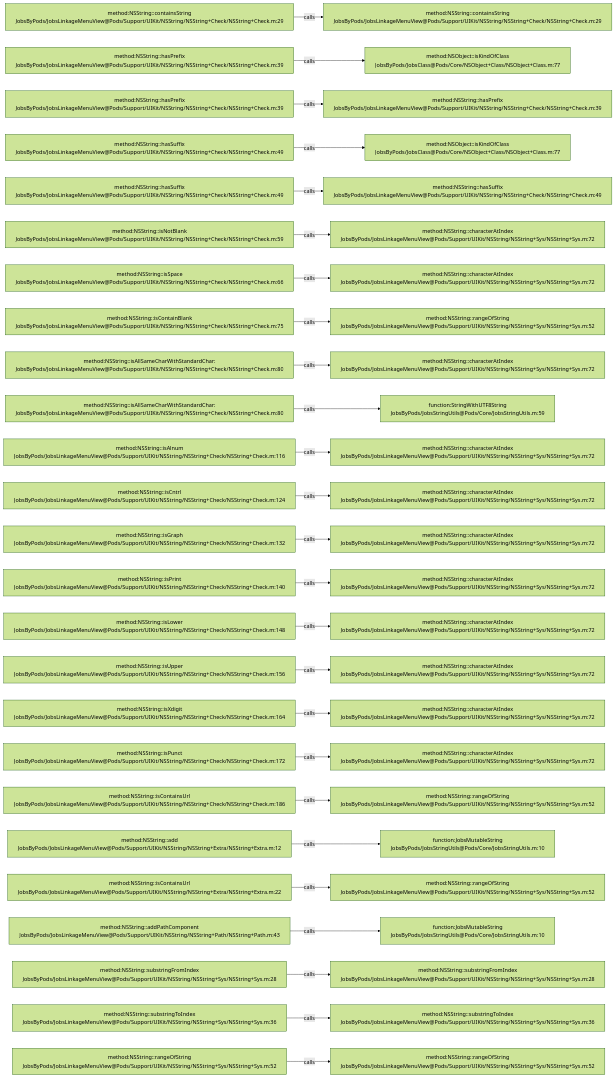
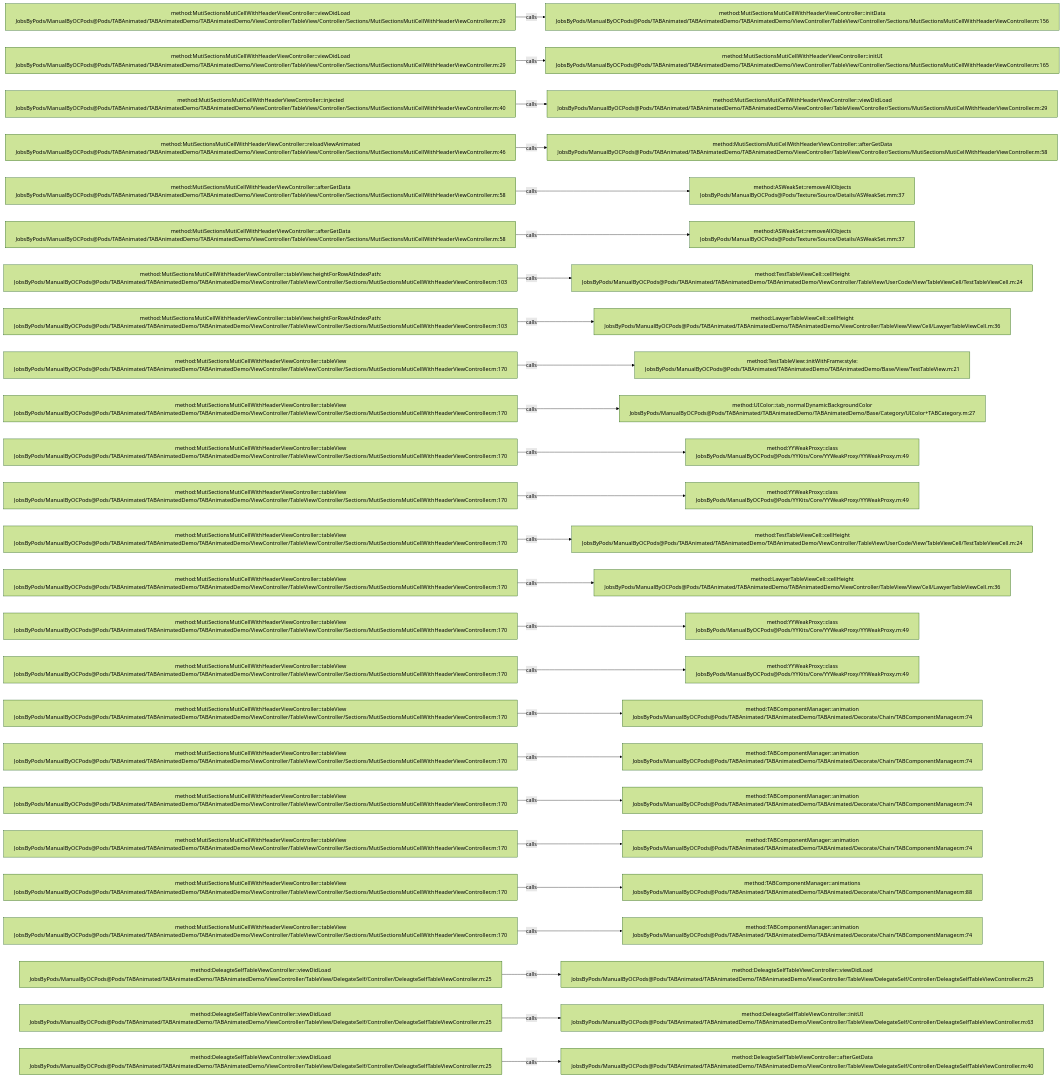
The diagram in .codegraph/codegraph.md/graphs/calls-070.md (JobsKits/JobsOCBaseConfigDemo), drawn with Mermaid (forest theme) before and after one commit. The commit also changed 2162 other files, not shown here.

````diff
--- a/.codegraph/codegraph.md/graphs/calls-070.md
+++ b/.codegraph/codegraph.md/graphs/calls-070.md
@@ -13,78 +13,78 @@
 ```mermaid
 flowchart LR
-  S1["method:NSString::containsString<br/>JobsByPods/JobsLinkageMenuView@Pods/Support/UIKit/NSString/NSString+Check/NSString+Check.m:29"]
-  T1["method:NSString::containsString<br/>JobsByPods/JobsLinkageMenuView@Pods/Support/UIKit/NSString/NSString+Check/NSString+Check.m:29"]
+  S1["method:MutiSectionsMutiCellWithHeaderViewController::viewDidLoad<br/>JobsByPods/ManualByOCPods@Pods/TABAnimated/TABAnimatedDemo/TABAnimatedDemo/ViewController/TableView/Controller/Sections/MutiSectionsMutiCellWithHeaderViewController.m:29"]
+  T1["method:MutiSectionsMutiCellWithHeaderViewController::initData<br/>JobsByPods/ManualByOCPods@Pods/TABAnimated/TABAnimatedDemo/TABAnimatedDemo/ViewController/TableView/Controller/Sections/MutiSectionsMutiCellWithHeaderViewController.m:156"]
   S1 -->|calls| T1
-  S2["method:NSString::hasPrefix<br/>JobsByPods/JobsLinkageMenuView@Pods/Support/UIKit/NSString/NSString+Check/NSString+Check.m:39"]
-  T2["method:NSObject::isKindOfClass<br/>JobsByPods/JobsClass@Pods/Core/NSObject+Class/NSObject+Class.m:77"]
+  S2["method:MutiSectionsMutiCellWithHeaderViewController::viewDidLoad<br/>JobsByPods/ManualByOCPods@Pods/TABAnimated/TABAnimatedDemo/TABAnimatedDemo/ViewController/TableView/Controller/Sections/MutiSectionsMutiCellWithHeaderViewController.m:29"]
+  T2["method:MutiSectionsMutiCellWithHeaderViewController::initUI<br/>JobsByPods/ManualByOCPods@Pods/TABAnimated/TABAnimatedDemo/TABAnimatedDemo/ViewController/TableView/Controller/Sections/MutiSectionsMutiCellWithHeaderViewController.m:165"]
   S2 -->|calls| T2
-  S3["method:NSString::hasPrefix<br/>JobsByPods/JobsLinkageMenuView@Pods/Support/UIKit/NSString/NSString+Check/NSString+Check.m:39"]
-  T3["method:NSString::hasPrefix<br/>JobsByPods/JobsLinkageMenuView@Pods/Support/UIKit/NSString/NSString+Check/NSString+Check.m:39"]
+  S3["method:MutiSectionsMutiCellWithHeaderViewController::injected<br/>JobsByPods/ManualByOCPods@Pods/TABAnimated/TABAnimatedDemo/TABAnimatedDemo/ViewController/TableView/Controller/Sections/MutiSectionsMutiCellWithHeaderViewController.m:40"]
+  T3["method:MutiSectionsMutiCellWithHeaderViewController::viewDidLoad<br/>JobsByPods/ManualByOCPods@Pods/TABAnimated/TABAnimatedDemo/TABAnimatedDemo/ViewController/TableView/Controller/Sections/MutiSectionsMutiCellWithHeaderViewController.m:29"]
   S3 -->|calls| T3
-  S4["method:NSString::hasSuffix<br/>JobsByPods/JobsLinkageMenuView@Pods/Support/UIKit/NSString/NSString+Check/NSString+Check.m:49"]
-  T4["method:NSObject::isKindOfClass<br/>JobsByPods/JobsClass@Pods/Core/NSObject+Class/NSObject+Class.m:77"]
+  S4["method:MutiSectionsMutiCellWithHeaderViewController::reloadViewAnimated<br/>JobsByPods/ManualByOCPods@Pods/TABAnimated/TABAnimatedDemo/TABAnimatedDemo/ViewController/TableView/Controller/Sections/MutiSectionsMutiCellWithHeaderViewController.m:46"]
+  T4["method:MutiSectionsMutiCellWithHeaderViewController::afterGetData<br/>JobsByPods/ManualByOCPods@Pods/TABAnimated/TABAnimatedDemo/TABAnimatedDemo/ViewController/TableView/Controller/Sections/MutiSectionsMutiCellWithHeaderViewController.m:58"]
   S4 -->|calls| T4
-  S5["method:NSString::hasSuffix<br/>JobsByPods/JobsLinkageMenuView@Pods/Support/UIKit/NSString/NSString+Check/NSString+Check.m:49"]
-  T5["method:NSString::hasSuffix<br/>JobsByPods/JobsLinkageMenuView@Pods/Support/UIKit/NSString/NSString+Check/NSString+Check.m:49"]
+  S5["method:MutiSectionsMutiCellWithHeaderViewController::afterGetData<br/>JobsByPods/ManualByOCPods@Pods/TABAnimated/TABAnimatedDemo/TABAnimatedDemo/ViewController/TableView/Controller/Sections/MutiSectionsMutiCellWithHeaderViewController.m:58"]
+  T5["method:ASWeakSet::removeAllObjects<br/>JobsByPods/ManualByOCPods@Pods/Texture/Source/Details/ASWeakSet.mm:37"]
   S5 -->|calls| T5
-  S6["method:NSString::isNotBlank<br/>JobsByPods/JobsLinkageMenuView@Pods/Support/UIKit/NSString/NSString+Check/NSString+Check.m:59"]
-  T6["method:NSString::characterAtIndex<br/>JobsByPods/JobsLinkageMenuView@Pods/Support/UIKit/NSString/NSString+Sys/NSString+Sys.m:72"]
+  S6["method:MutiSectionsMutiCellWithHeaderViewController::afterGetData<br/>JobsByPods/ManualByOCPods@Pods/TABAnimated/TABAnimatedDemo/TABAnimatedDemo/ViewController/TableView/Controller/Sections/MutiSectionsMutiCellWithHeaderViewController.m:58"]
+  T6["method:ASWeakSet::removeAllObjects<br/>JobsByPods/ManualByOCPods@Pods/Texture/Source/Details/ASWeakSet.mm:37"]
   S6 -->|calls| T6
-  S7["method:NSString::isSpace<br/>JobsByPods/JobsLinkageMenuView@Pods/Support/UIKit/NSString/NSString+Check/NSString+Check.m:66"]
-  T7["method:NSString::characterAtIndex<br/>JobsByPods/JobsLinkageMenuView@Pods/Support/UIKit/NSString/NSString+Sys/NSString+Sys.m:72"]
+  S7["method:MutiSectionsMutiCellWithHeaderViewController::tableView:heightForRowAtIndexPath:<br/>JobsByPods/ManualByOCPods@Pods/TABAnimated/TABAnimatedDemo/TABAnimatedDemo/ViewController/TableView/Controller/Sections/MutiSectionsMutiCellWithHeaderViewController.m:103"]
+  T7["method:TestTableViewCell::cellHeight<br/>JobsByPods/ManualByOCPods@Pods/TABAnimated/TABAnimatedDemo/TABAnimatedDemo/ViewController/TableView/UserCode/View/TableViewCell/TestTableViewCell.m:24"]
   S7 -->|calls| T7
-  S8["method:NSString::isContainBlank<br/>JobsByPods/JobsLinkageMenuView@Pods/Support/UIKit/NSString/NSString+Check/NSString+Check.m:75"]
-  T8["method:NSString::rangeOfString<br/>JobsByPods/JobsLinkageMenuView@Pods/Support/UIKit/NSString/NSString+Sys/NSString+Sys.m:52"]
+  S8["method:MutiSectionsMutiCellWithHeaderViewController::tableView:heightForRowAtIndexPath:<br/>JobsByPods/ManualByOCPods@Pods/TABAnimated/TABAnimatedDemo/TABAnimatedDemo/ViewController/TableView/Controller/Sections/MutiSectionsMutiCellWithHeaderViewController.m:103"]
+  T8["method:LawyerTableViewCell::cellHeight<br/>JobsByPods/ManualByOCPods@Pods/TABAnimated/TABAnimatedDemo/TABAnimatedDemo/ViewController/TableView/View/Cell/LawyerTableViewCell.m:36"]
   S8 -->|calls| T8
-  S9["method:NSString::isAllSameCharWithStandardChar:<br/>JobsByPods/JobsLinkageMenuView@Pods/Support/UIKit/NSString/NSString+Check/NSString+Check.m:80"]
-  T9["method:NSString::characterAtIndex<br/>JobsByPods/JobsLinkageMenuView@Pods/Support/UIKit/NSString/NSString+Sys/NSString+Sys.m:72"]
+  S9["method:MutiSectionsMutiCellWithHeaderViewController::tableView<br/>JobsByPods/ManualByOCPods@Pods/TABAnimated/TABAnimatedDemo/TABAnimatedDemo/ViewController/TableView/Controller/Sections/MutiSectionsMutiCellWithHeaderViewController.m:170"]
+  T9["method:TestTableView::initWithFrame:style:<br/>JobsByPods/ManualByOCPods@Pods/TABAnimated/TABAnimatedDemo/TABAnimatedDemo/Base/View/TestTableView.m:21"]
   S9 -->|calls| T9
-  S10["method:NSString::isAllSameCharWithStandardChar:<br/>JobsByPods/JobsLinkageMenuView@Pods/Support/UIKit/NSString/NSString+Check/NSString+Check.m:80"]
-  T10["function:StringWithUTF8String<br/>JobsByPods/JobsStringUtils@Pods/Core/JobsStringUtils.m:59"]
+  S10["method:MutiSectionsMutiCellWithHeaderViewController::tableView<br/>JobsByPods/ManualByOCPods@Pods/TABAnimated/TABAnimatedDemo/TABAnimatedDemo/ViewController/TableView/Controller/Sections/MutiSectionsMutiCellWithHeaderViewController.m:170"]
+  T10["method:UIColor::tab_normalDynamicBackgroundColor<br/>JobsByPods/ManualByOCPods@Pods/TABAnimated/TABAnimatedDemo/TABAnimatedDemo/Base/Category/UIColor+TABCategory.m:27"]
   S10 -->|calls| T10
-  S11["method:NSString::isAlnum<br/>JobsByPods/JobsLinkageMenuView@Pods/Support/UIKit/NSString/NSString+Check/NSString+Check.m:116"]
-  T11["method:NSString::characterAtIndex<br/>JobsByPods/JobsLinkageMenuView@Pods/Support/UIKit/NSString/NSString+Sys/NSString+Sys.m:72"]
+  S11["method:MutiSectionsMutiCellWithHeaderViewController::tableView<br/>JobsByPods/ManualByOCPods@Pods/TABAnimated/TABAnimatedDemo/TABAnimatedDemo/ViewController/TableView/Controller/Sections/MutiSectionsMutiCellWithHeaderViewController.m:170"]
+  T11["method:YYWeakProxy::class<br/>JobsByPods/ManualByOCPods@Pods/YYKits/Core/YYWeakProxy/YYWeakProxy.m:49"]
   S11 -->|calls| T11
-  S12["method:NSString::isCntrl<br/>JobsByPods/JobsLinkageMenuView@Pods/Support/UIKit/NSString/NSString+Check/NSString+Check.m:124"]
-  T12["method:NSString::characterAtIndex<br/>JobsByPods/JobsLinkageMenuView@Pods/Support/UIKit/NSString/NSString+Sys/NSString+Sys.m:72"]
+  S12["method:MutiSectionsMutiCellWithHeaderViewController::tableView<br/>JobsByPods/ManualByOCPods@Pods/TABAnimated/TABAnimatedDemo/TABAnimatedDemo/ViewController/TableView/Controller/Sections/MutiSectionsMutiCellWithHeaderViewController.m:170"]
+  T12["method:YYWeakProxy::class<br/>JobsByPods/ManualByOCPods@Pods/YYKits/Core/YYWeakProxy/YYWeakProxy.m:49"]
   S12 -->|calls| T12
-  S13["method:NSString::isGraph<br/>JobsByPods/JobsLinkageMenuView@Pods/Support/UIKit/NSString/NSString+Check/NSString+Check.m:132"]
-  T13["method:NSString::characterAtIndex<br/>JobsByPods/JobsLinkageMenuView@Pods/Support/UIKit/NSString/NSString+Sys/NSString+Sys.m:72"]
+  S13["method:MutiSectionsMutiCellWithHeaderViewController::tableView<br/>JobsByPods/ManualByOCPods@Pods/TABAnimated/TABAnimatedDemo/TABAnimatedDemo/ViewController/TableView/Controller/Sections/MutiSectionsMutiCellWithHeaderViewController.m:170"]
+  T13["method:TestTableViewCell::cellHeight<br/>JobsByPods/ManualByOCPods@Pods/TABAnimated/TABAnimatedDemo/TABAnimatedDemo/ViewController/TableView/UserCode/View/TableViewCell/TestTableViewCell.m:24"]
   S13 -->|calls| T13
-  S14["method:NSString::isPrint<br/>JobsByPods/JobsLinkageMenuView@Pods/Support/UIKit/NSString/NSString+Check/NSString+Check.m:140"]
-  T14["method:NSString::characterAtIndex<br/>JobsByPods/JobsLinkageMenuView@Pods/Support/UIKit/NSString/NSString+Sys/NSString+Sys.m:72"]
+  S14["method:MutiSectionsMutiCellWithHeaderViewController::tableView<br/>JobsByPods/ManualByOCPods@Pods/TABAnimated/TABAnimatedDemo/TABAnimatedDemo/ViewController/TableView/Controller/Sections/MutiSectionsMutiCellWithHeaderViewController.m:170"]
+  T14["method:LawyerTableViewCell::cellHeight<br/>JobsByPods/ManualByOCPods@Pods/TABAnimated/TABAnimatedDemo/TABAnimatedDemo/ViewController/TableView/View/Cell/LawyerTableViewCell.m:36"]
   S14 -->|calls| T14
-  S15["method:NSString::isLower<br/>JobsByPods/JobsLinkageMenuView@Pods/Support/UIKit/NSString/NSString+Check/NSString+Check.m:148"]
-  T15["method:NSString::characterAtIndex<br/>JobsByPods/JobsLinkageMenuView@Pods/Support/UIKit/NSString/NSString+Sys/NSString+Sys.m:72"]
+  S15["method:MutiSectionsMutiCellWithHeaderViewController::tableView<br/>JobsByPods/ManualByOCPods@Pods/TABAnimated/TABAnimatedDemo/TABAnimatedDemo/ViewController/TableView/Controller/Sections/MutiSectionsMutiCellWithHeaderViewController.m:170"]
+  T15["method:YYWeakProxy::class<br/>JobsByPods/ManualByOCPods@Pods/YYKits/Core/YYWeakProxy/YYWeakProxy.m:49"]
   S15 -->|calls| T15
-  S16["method:NSString::isUpper<br/>JobsByPods/JobsLinkageMenuView@Pods/Support/UIKit/NSString/NSString+Check/NSString+Check.m:156"]
-  T16["method:NSString::characterAtIndex<br/>JobsByPods/JobsLinkageMenuView@Pods/Support/UIKit/NSString/NSString+Sys/NSString+Sys.m:72"]
+  S16["method:MutiSectionsMutiCellWithHeaderViewController::tableView<br/>JobsByPods/ManualByOCPods@Pods/TABAnimated/TABAnimatedDemo/TABAnimatedDemo/ViewController/TableView/Controller/Sections/MutiSectionsMutiCellWithHeaderViewController.m:170"]
+  T16["method:YYWeakProxy::class<br/>JobsByPods/ManualByOCPods@Pods/YYKits/Core/YYWeakProxy/YYWeakProxy.m:49"]
   S16 -->|calls| T16
-  S17["method:NSString::isXdigit<br/>JobsByPods/JobsLinkageMenuView@Pods/Support/UIKit/NSString/NSString+Check/NSString+Check.m:164"]
-  T17["method:NSString::characterAtIndex<br/>JobsByPods/JobsLinkageMenuView@Pods/Support/UIKit/NSString/NSString+Sys/NSString+Sys.m:72"]
+  S17["method:MutiSectionsMutiCellWithHeaderViewController::tableView<br/>JobsByPods/ManualByOCPods@Pods/TABAnimated/TABAnimatedDemo/TABAnimatedDemo/ViewController/TableView/Controller/Sections/MutiSectionsMutiCellWithHeaderViewController.m:170"]
+  T17["method:TABComponentManager::animation<br/>JobsByPods/ManualByOCPods@Pods/TABAnimated/TABAnimatedDemo/TABAnimated/Decorate/Chain/TABComponentManager.m:74"]
   S17 -->|calls| T17
-  S18["method:NSString::isPunct<br/>JobsByPods/JobsLinkageMenuView@Pods/Support/UIKit/NSString/NSString+Check/NSString+Check.m:172"]
-  T18["method:NSString::characterAtIndex<br/>JobsByPods/JobsLinkageMenuView@Pods/Support/UIKit/NSString/NSString+Sys/NSString+Sys.m:72"]
+  S18["method:MutiSectionsMutiCellWithHeaderViewController::tableView<br/>JobsByPods/ManualByOCPods@Pods/TABAnimated/TABAnimatedDemo/TABAnimatedDemo/ViewController/TableView/Controller/Sections/MutiSectionsMutiCellWithHeaderViewController.m:170"]
+  T18["method:TABComponentManager::animation<br/>JobsByPods/ManualByOCPods@Pods/TABAnimated/TABAnimatedDemo/TABAnimated/Decorate/Chain/TABComponentManager.m:74"]
   S18 -->|calls| T18
-  S19["method:NSString::isContainsUrl<br/>JobsByPods/JobsLinkageMenuView@Pods/Support/UIKit/NSString/NSString+Check/NSString+Check.m:186"]
-  T19["method:NSString::rangeOfString<br/>JobsByPods/JobsLinkageMenuView@Pods/Support/UIKit/NSString/NSString+Sys/NSString+Sys.m:52"]
+  S19["method:MutiSectionsMutiCellWithHeaderViewController::tableView<br/>JobsByPods/ManualByOCPods@Pods/TABAnimated/TABAnimatedDemo/TABAnimatedDemo/ViewController/TableView/Controller/Sections/MutiSectionsMutiCellWithHeaderViewController.m:170"]
+  T19["method:TABComponentManager::animation<br/>JobsByPods/ManualByOCPods@Pods/TABAnimated/TABAnimatedDemo/TABAnimated/Decorate/Chain/TABComponentManager.m:74"]
   S19 -->|calls| T19
-  S20["method:NSString::add<br/>JobsByPods/JobsLinkageMenuView@Pods/Support/UIKit/NSString/NSString+Extra/NSString+Extra.m:12"]
-  T20["function:JobsMutableString<br/>JobsByPods/JobsStringUtils@Pods/Core/JobsStringUtils.m:10"]
+  S20["method:MutiSectionsMutiCellWithHeaderViewController::tableView<br/>JobsByPods/ManualByOCPods@Pods/TABAnimated/TABAnimatedDemo/TABAnimatedDemo/ViewController/TableView/Controller/Sections/MutiSectionsMutiCellWithHeaderViewController.m:170"]
+  T20["method:TABComponentManager::animation<br/>JobsByPods/ManualByOCPods@Pods/TABAnimated/TABAnimatedDemo/TABAnimated/Decorate/Chain/TABComponentManager.m:74"]
   S20 -->|calls| T20
-  S21["method:NSString::isContainsUrl<br/>JobsByPods/JobsLinkageMenuView@Pods/Support/UIKit/NSString/NSString+Extra/NSString+Extra.m:22"]
-  T21["method:NSString::rangeOfString<br/>JobsByPods/JobsLinkageMenuView@Pods/Support/UIKit/NSString/NSString+Sys/NSString+Sys.m:52"]
+  S21["method:MutiSectionsMutiCellWithHeaderViewController::tableView<br/>JobsByPods/ManualByOCPods@Pods/TABAnimated/TABAnimatedDemo/TABAnimatedDemo/ViewController/TableView/Controller/Sections/MutiSectionsMutiCellWithHeaderViewController.m:170"]
+  T21["method:TABComponentManager::animations<br/>JobsByPods/ManualByOCPods@Pods/TABAnimated/TABAnimatedDemo/TABAnimated/Decorate/Chain/TABComponentManager.m:88"]
   S21 -->|calls| T21
-  S22["method:NSString::addPathComponent<br/>JobsByPods/JobsLinkageMenuView@Pods/Support/UIKit/NSString/NSString+Path/NSString+Path.m:43"]
-  T22["function:JobsMutableString<br/>JobsByPods/JobsStringUtils@Pods/Core/JobsStringUtils.m:10"]
+  S22["method:MutiSectionsMutiCellWithHeaderViewController::tableView<br/>JobsByPods/ManualByOCPods@Pods/TABAnimated/TABAnimatedDemo/TABAnimatedDemo/ViewController/TableView/Controller/Sections/MutiSectionsMutiCellWithHeaderViewController.m:170"]
+  T22["method:TABComponentManager::animation<br/>JobsByPods/ManualByOCPods@Pods/TABAnimated/TABAnimatedDemo/TABAnimated/Decorate/Chain/TABComponentManager.m:74"]
   S22 -->|calls| T22
-  S23["method:NSString::substringFromIndex<br/>JobsByPods/JobsLinkageMenuView@Pods/Support/UIKit/NSString/NSString+Sys/NSString+Sys.m:28"]
-  T23["method:NSString::substringFromIndex<br/>JobsByPods/JobsLinkageMenuView@Pods/Support/UIKit/NSString/NSString+Sys/NSString+Sys.m:28"]
+  S23["method:DeleagteSelfTableViewController::viewDidLoad<br/>JobsByPods/ManualByOCPods@Pods/TABAnimated/TABAnimatedDemo/TABAnimatedDemo/ViewController/TableView/DelegateSelf/Controller/DeleagteSelfTableViewController.m:25"]
+  T23["method:DeleagteSelfTableViewController::viewDidLoad<br/>JobsByPods/ManualByOCPods@Pods/TABAnimated/TABAnimatedDemo/TABAnimatedDemo/ViewController/TableView/DelegateSelf/Controller/DeleagteSelfTableViewController.m:25"]
   S23 -->|calls| T23
-  S24["method:NSString::substringToIndex<br/>JobsByPods/JobsLinkageMenuView@Pods/Support/UIKit/NSString/NSString+Sys/NSString+Sys.m:36"]
-  T24["method:NSString::substringToIndex<br/>JobsByPods/JobsLinkageMenuView@Pods/Support/UIKit/NSString/NSString+Sys/NSString+Sys.m:36"]
+  S24["method:DeleagteSelfTableViewController::viewDidLoad<br/>JobsByPods/ManualByOCPods@Pods/TABAnimated/TABAnimatedDemo/TABAnimatedDemo/ViewController/TableView/DelegateSelf/Controller/DeleagteSelfTableViewController.m:25"]
+  T24["method:DeleagteSelfTableViewController::initUI<br/>JobsByPods/ManualByOCPods@Pods/TABAnimated/TABAnimatedDemo/TABAnimatedDemo/ViewController/TableView/DelegateSelf/Controller/DeleagteSelfTableViewController.m:63"]
   S24 -->|calls| T24
-  S25["method:NSString::rangeOfString<br/>JobsByPods/JobsLinkageMenuView@Pods/Support/UIKit/NSString/NSString+Sys/NSString+Sys.m:52"]
-  T25["method:NSString::rangeOfString<br/>JobsByPods/JobsLinkageMenuView@Pods/Support/UIKit/NSString/NSString+Sys/NSString+Sys.m:52"]
+  S25["method:DeleagteSelfTableViewController::viewDidLoad<br/>JobsByPods/ManualByOCPods@Pods/TABAnimated/TABAnimatedDemo/TABAnimatedDemo/ViewController/TableView/DelegateSelf/Controller/DeleagteSelfTableViewController.m:25"]
+  T25["method:DeleagteSelfTableViewController::afterGetData<br/>JobsByPods/ManualByOCPods@Pods/TABAnimated/TABAnimatedDemo/TABAnimatedDemo/ViewController/TableView/DelegateSelf/Controller/DeleagteSelfTableViewController.m:40"]
   S25 -->|calls| T25
 ```
````
